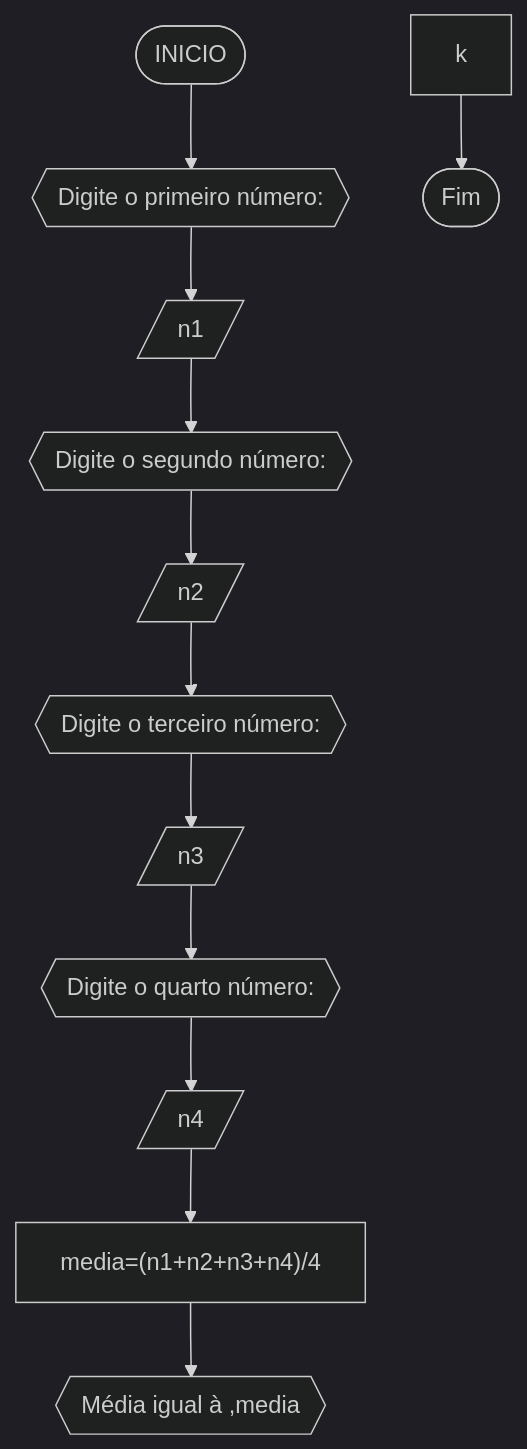
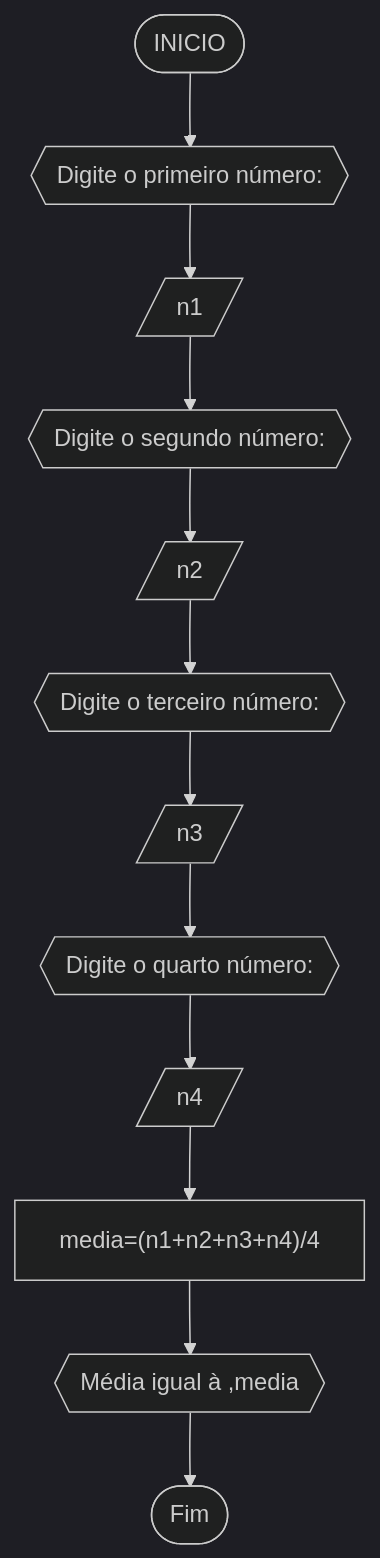
The second of 5 diagrams in RLA/unidade1/lista2.md (IsyCirino/unifor), drawn with Mermaid (dark theme) before and after one commit.

````diff
--- a/RLA/unidade1/lista2.md
+++ b/RLA/unidade1/lista2.md
@@ -56,14 +56,14 @@
 ```mermaid
 flowchart TD
 A([INICIO]) --> B{{Digite o primeiro número:}}
 B-->C[/n1/]
 C-->D{{Digite o segundo número:}}
 D-->E[/n2/]
 E-->F{{Digite o terceiro número:}}
 F-->G[/n3/]
 G-->H{{Digite o quarto número:}}
 H-->I[/n4/]
 I-->J["media=(n1+n2+n3+n4)/4"]
 J-->K{{Média igual à ,media}}
-k-->L([Fim])
+K-->L([Fim])
 ```
````
